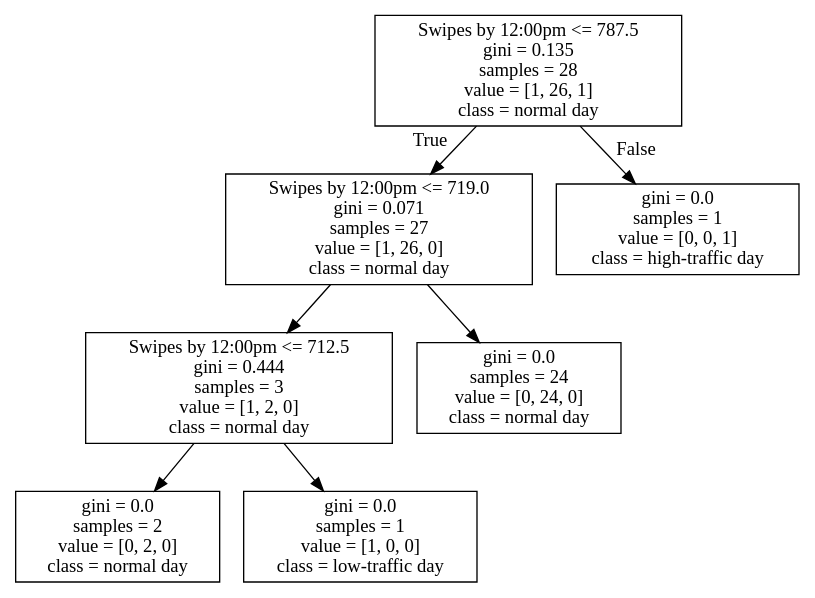
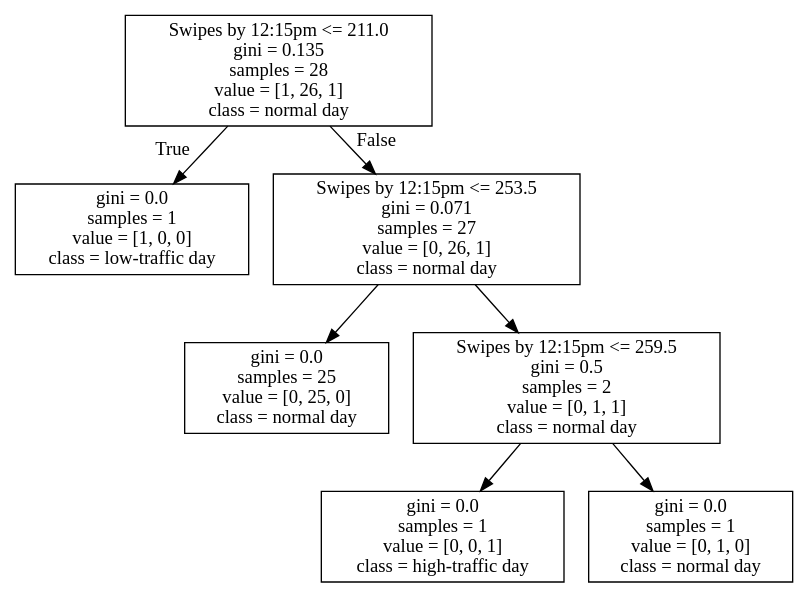
The diagram in hw2_data 2/62.dot (gracec10/yaledata), drawn with Graphviz before and after one commit. The commit also changed 4 other files, not shown here.

```diff
--- a/hw2_data 2/62.dot
+++ b/hw2_data 2/62.dot
@@ -1,16 +1,16 @@
 digraph Tree {
 node [shape=box] ;
-0 [label="Swipes by 12:00pm <= 787.5\ngini = 0.135\nsamples = 28\nvalue = [1, 26, 1]\nclass = normal day"] ;
-1 [label="Swipes by 12:00pm <= 719.0\ngini = 0.071\nsamples = 27\nvalue = [1, 26, 0]\nclass = normal day"] ;
+0 [label="Swipes by 12:15pm <= 211.0\ngini = 0.135\nsamples = 28\nvalue = [1, 26, 1]\nclass = normal day"] ;
+1 [label="gini = 0.0\nsamples = 1\nvalue = [1, 0, 0]\nclass = low-traffic day"] ;
 0 -> 1 [labeldistance=2.5, labelangle=45, headlabel="True"] ;
-2 [label="Swipes by 12:00pm <= 712.5\ngini = 0.444\nsamples = 3\nvalue = [1, 2, 0]\nclass = normal day"] ;
-1 -> 2 ;
-3 [label="gini = 0.0\nsamples = 2\nvalue = [0, 2, 0]\nclass = normal day"] ;
+2 [label="Swipes by 12:15pm <= 253.5\ngini = 0.071\nsamples = 27\nvalue = [0, 26, 1]\nclass = normal day"] ;
+0 -> 2 [labeldistance=2.5, labelangle=-45, headlabel="False"] ;
+3 [label="gini = 0.0\nsamples = 25\nvalue = [0, 25, 0]\nclass = normal day"] ;
 2 -> 3 ;
-4 [label="gini = 0.0\nsamples = 1\nvalue = [1, 0, 0]\nclass = low-traffic day"] ;
+4 [label="Swipes by 12:15pm <= 259.5\ngini = 0.5\nsamples = 2\nvalue = [0, 1, 1]\nclass = normal day"] ;
 2 -> 4 ;
-5 [label="gini = 0.0\nsamples = 24\nvalue = [0, 24, 0]\nclass = normal day"] ;
-1 -> 5 ;
-6 [label="gini = 0.0\nsamples = 1\nvalue = [0, 0, 1]\nclass = high-traffic day"] ;
-0 -> 6 [labeldistance=2.5, labelangle=-45, headlabel="False"] ;
+5 [label="gini = 0.0\nsamples = 1\nvalue = [0, 0, 1]\nclass = high-traffic day"] ;
+4 -> 5 ;
+6 [label="gini = 0.0\nsamples = 1\nvalue = [0, 1, 0]\nclass = normal day"] ;
+4 -> 6 ;
 }
```
